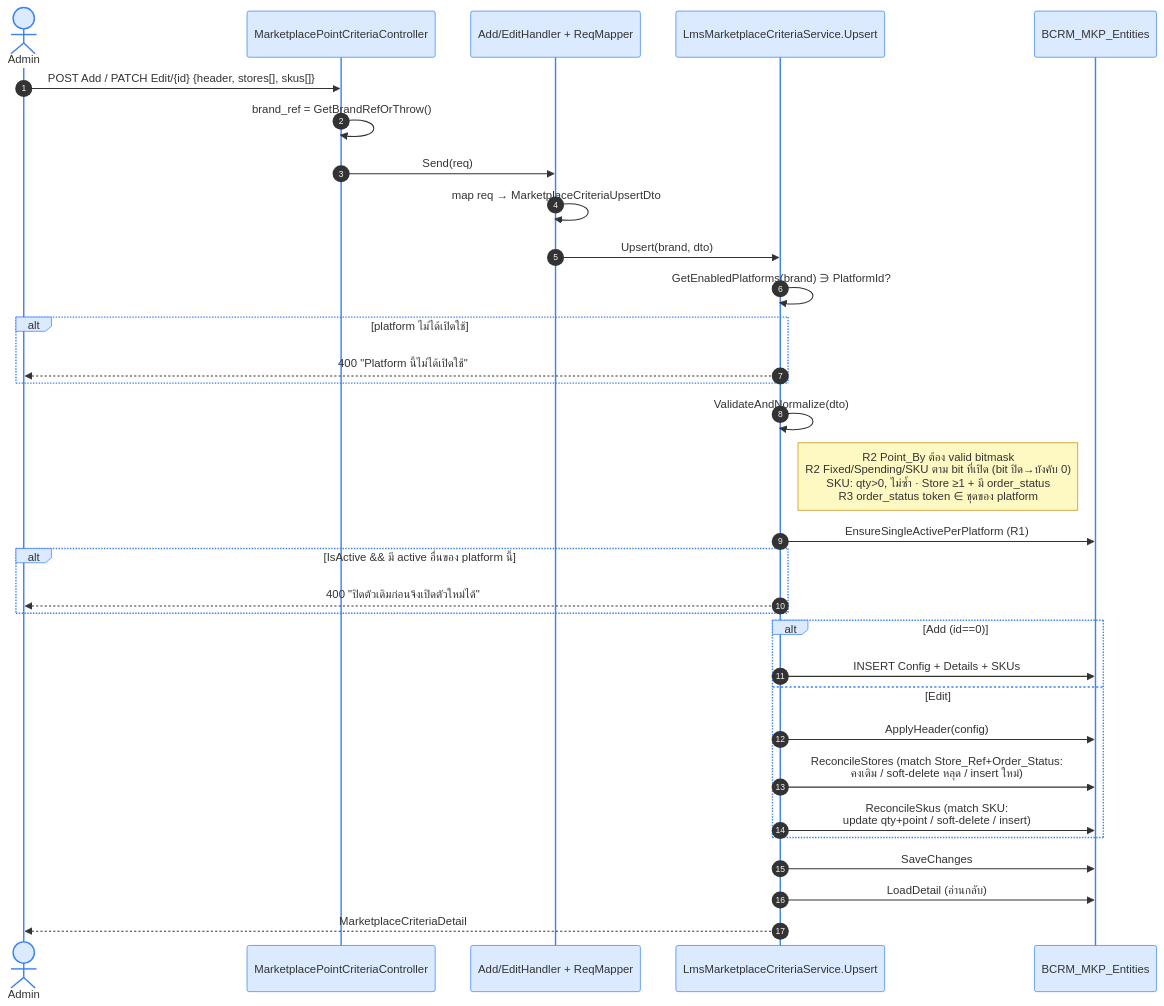
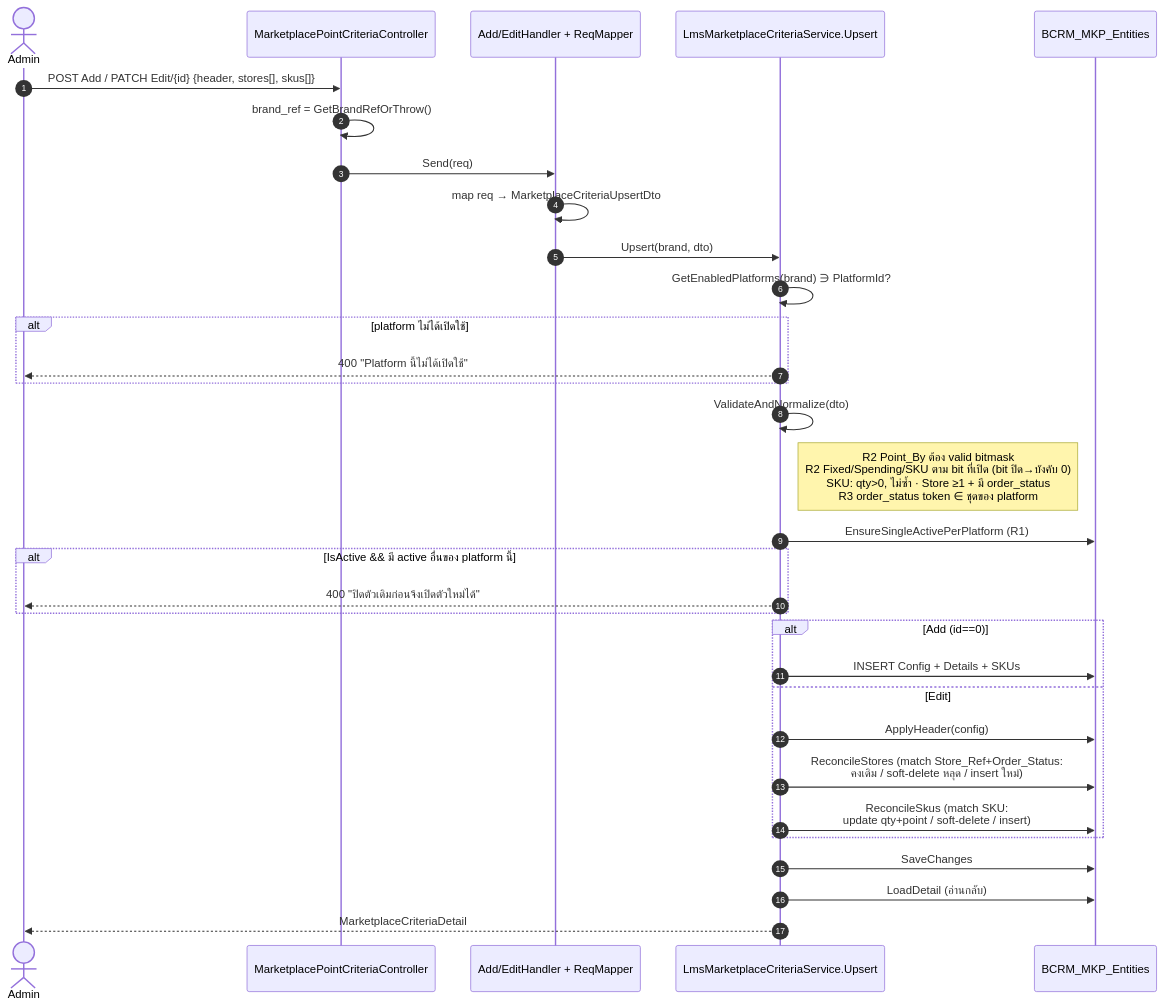
The second of 5 diagrams in content/Work Currenry/Marketplace-Sequence-Diagrams.md (paothanapon-chococrm/obs-chococrm-me), drawn with Mermaid before and after one commit. The commit also changed other lines of this file, not shown here.

First line of the commit message:
fix mermaid: stray angle brackets + light-only colors

````diff
--- a/content/Work Currenry/Marketplace-Sequence-Diagrams.md
+++ b/content/Work Currenry/Marketplace-Sequence-Diagrams.md
@@ -86,40 +85,39 @@
 ```mermaid
-%%{init: {'theme':'base', 'themeVariables': {'actorBkg':'#DBEAFE','actorBorder':'#3B82F6','noteBkgColor':'#FEF9C3','noteBorderColor':'#CA8A04','altBackground':'#F1F5F9'}}}%%
 sequenceDiagram
     autonumber
     actor AD as Admin
     participant CritCtrl as MarketplacePointCriteriaController
     participant CritHdlr as Add/EditHandler + ReqMapper
     participant CritSvc as LmsMarketplaceCriteriaService.Upsert
     participant MKPDB as BCRM_MKP_Entities
 
     AD->>CritCtrl: POST Add / PATCH Edit/{id} {header, stores[], skus[]}
     CritCtrl->>CritCtrl: brand_ref = GetBrandRefOrThrow()
     CritCtrl->>CritHdlr: Send(req)
     CritHdlr->>CritHdlr: map req → MarketplaceCriteriaUpsertDto
     CritHdlr->>CritSvc: Upsert(brand, dto)
 
     CritSvc->>CritSvc: GetEnabledPlatforms(brand) ∋ PlatformId?
     alt platform ไม่ได้เปิดใช้
         CritSvc-->>AD: 400 "Platform นี้ไม่ได้เปิดใช้"
     end
 
     CritSvc->>CritSvc: ValidateAndNormalize(dto)
     Note right of CritSvc: R2 Point_By ต้อง valid bitmask<br/>R2 Fixed/Spending/SKU ตาม bit ที่เปิด (bit ปิด→บังคับ 0)<br/>SKU: qty>0, ไม่ซ้ำ · Store ≥1 + มี order_status<br/>R3 order_status token ∈ ชุดของ platform
 
     CritSvc->>MKPDB: EnsureSingleActivePerPlatform (R1)
     alt IsActive && มี active อื่นของ platform นี้
         CritSvc-->>AD: 400 "ปิดตัวเดิมก่อนจึงเปิดตัวใหม่ได้"
     end
 
     alt Add (id==0)
         CritSvc->>MKPDB: INSERT Config + Details + SKUs
     else Edit
         CritSvc->>MKPDB: ApplyHeader(config)
         CritSvc->>MKPDB: ReconcileStores (match Store_Ref+Order_Status:<br/>คงเดิม / soft-delete หลุด / insert ใหม่)
         CritSvc->>MKPDB: ReconcileSkus (match SKU:<br/>update qty+point / soft-delete / insert)
     end
     CritSvc->>MKPDB: SaveChanges
     CritSvc->>MKPDB: LoadDetail (อ่านกลับ)
     CritSvc-->>AD: MarketplaceCriteriaDetail
 ```
````
